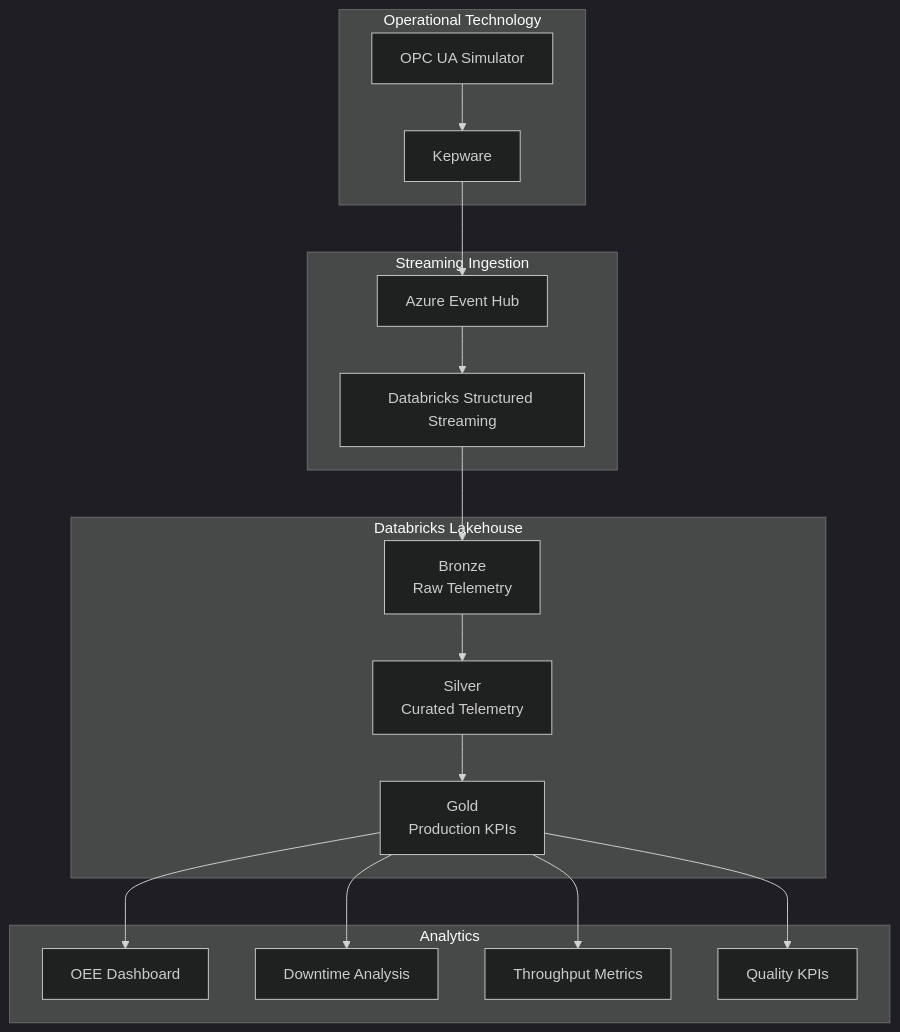
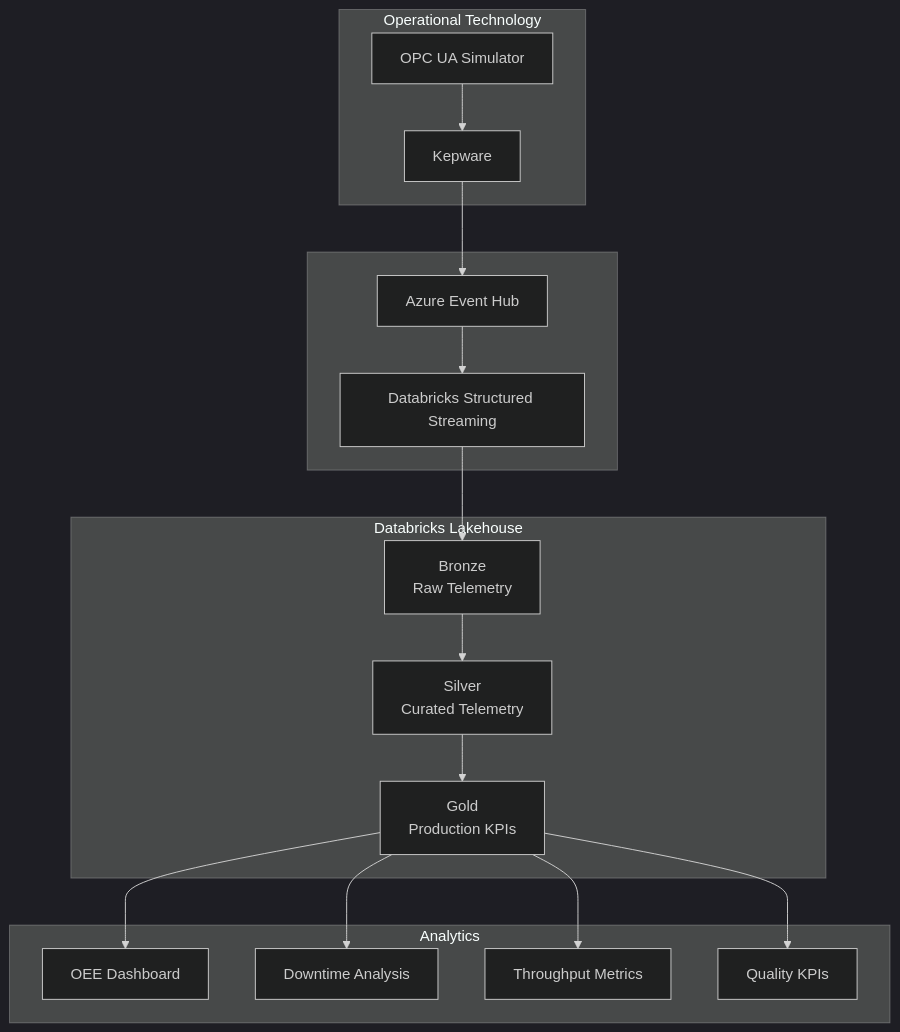
One commit to SOLVERIGHT/smart-manufacturing changed the diagram in README.md. Above: the diagram before and after it, drawn with Mermaid (dark theme).

````diff
--- a/README.md
+++ b/README.md
@@ -16,39 +16,39 @@
 ```mermaid
 flowchart TB
 
     subgraph OT["Operational Technology"]
         OPC["OPC UA Simulator"]
         KEP["Kepware"]
     end
 
-    subgraph Ingestion["Streaming Ingestion"]
+    subgraph Ingestion[" "]
         EH["Azure Event Hub"]
         STREAM["Databricks Structured Streaming"]
     end
 
     subgraph Lakehouse["Databricks Lakehouse"]
         Bronze["Bronze<br/>Raw Telemetry"]
         Silver["Silver<br/>Curated Telemetry"]
         Gold["Gold<br/>Production KPIs"]
     end
 
     subgraph Analytics["Analytics"]
         OEE["OEE Dashboard"]
         Downtime["Downtime Analysis"]
         Throughput["Throughput Metrics"]
         Quality["Quality KPIs"]
     end
 
     OPC --> KEP
     KEP --> EH
     EH --> STREAM
 
     STREAM --> Bronze
     Bronze --> Silver
     Silver --> Gold
 
     Gold --> OEE
     Gold --> Downtime
     Gold --> Throughput
     Gold --> Quality
 ```
````
